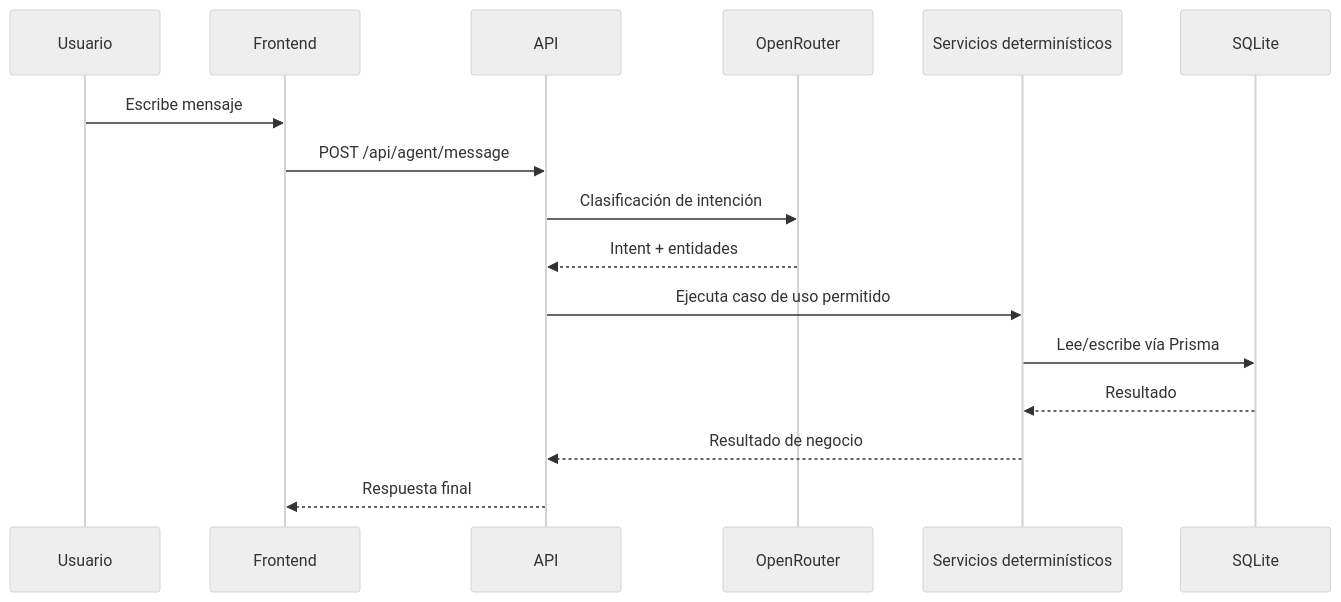
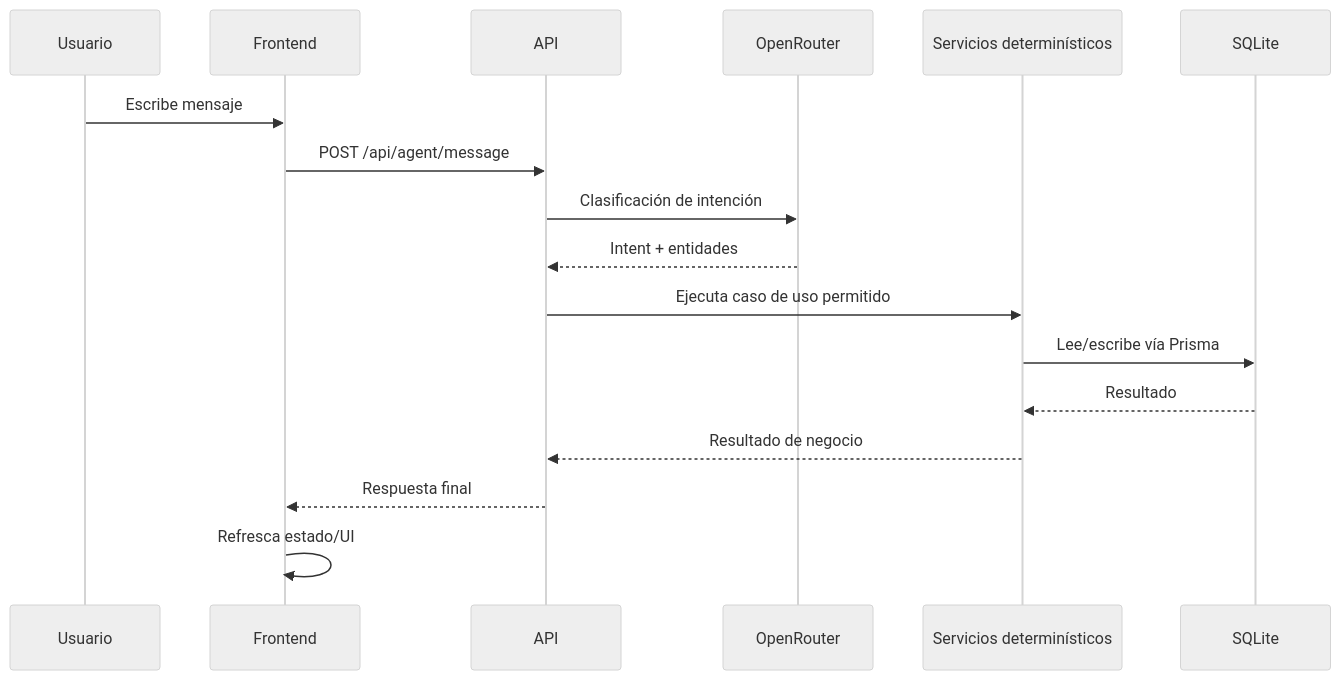
One commit to jntellez/hackathon-compucad changed the diagram in docs/agente-ia.md. Above: the diagram before and after it, drawn with Mermaid (neutral theme). The commit also changed other lines of this file and 9 other files, not shown here.

````diff
--- a/docs/agente-ia.md
+++ b/docs/agente-ia.md
@@ -9,19 +9,20 @@
 ```mermaid
 sequenceDiagram
   participant U as Usuario
   participant W as Frontend
   participant A as API
   participant L as OpenRouter
   participant S as Servicios determinísticos
   participant D as SQLite
 
   U->>W: Escribe mensaje
   W->>A: POST /api/agent/message
   A->>L: Clasificación de intención
   L-->>A: Intent + entidades
   A->>S: Ejecuta caso de uso permitido
   S->>D: Lee/escribe vía Prisma
   D-->>S: Resultado
   S-->>A: Resultado de negocio
   A-->>W: Respuesta final
+  W->>W: Refresca estado/UI
 ```
````
